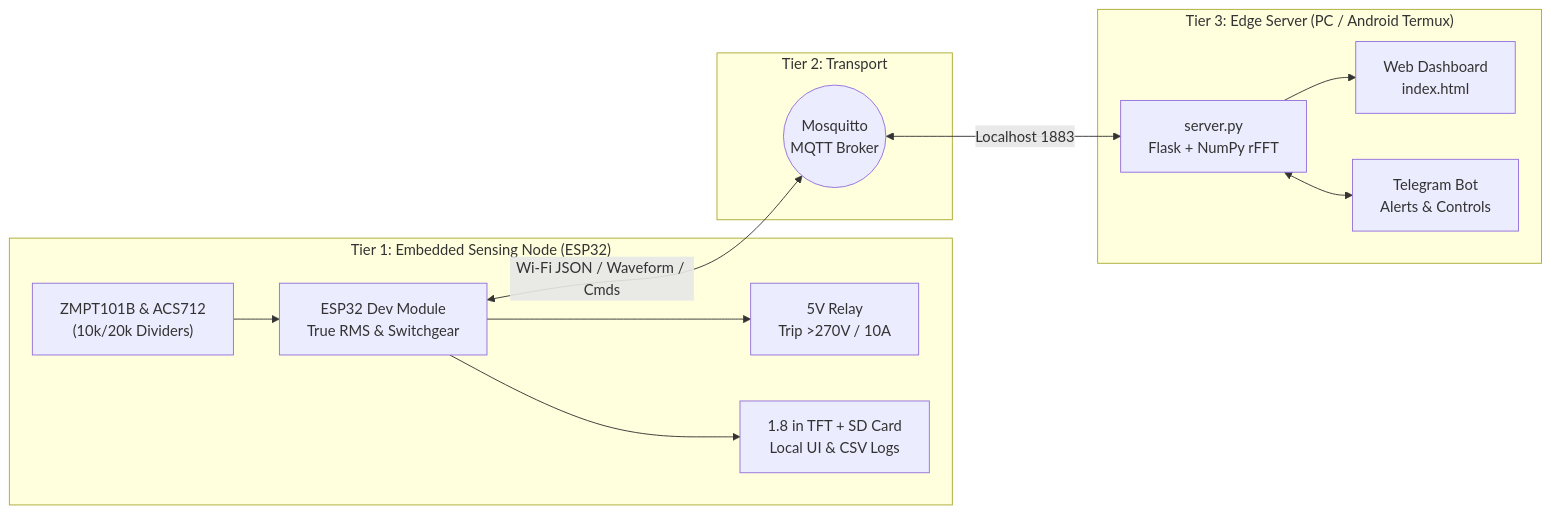
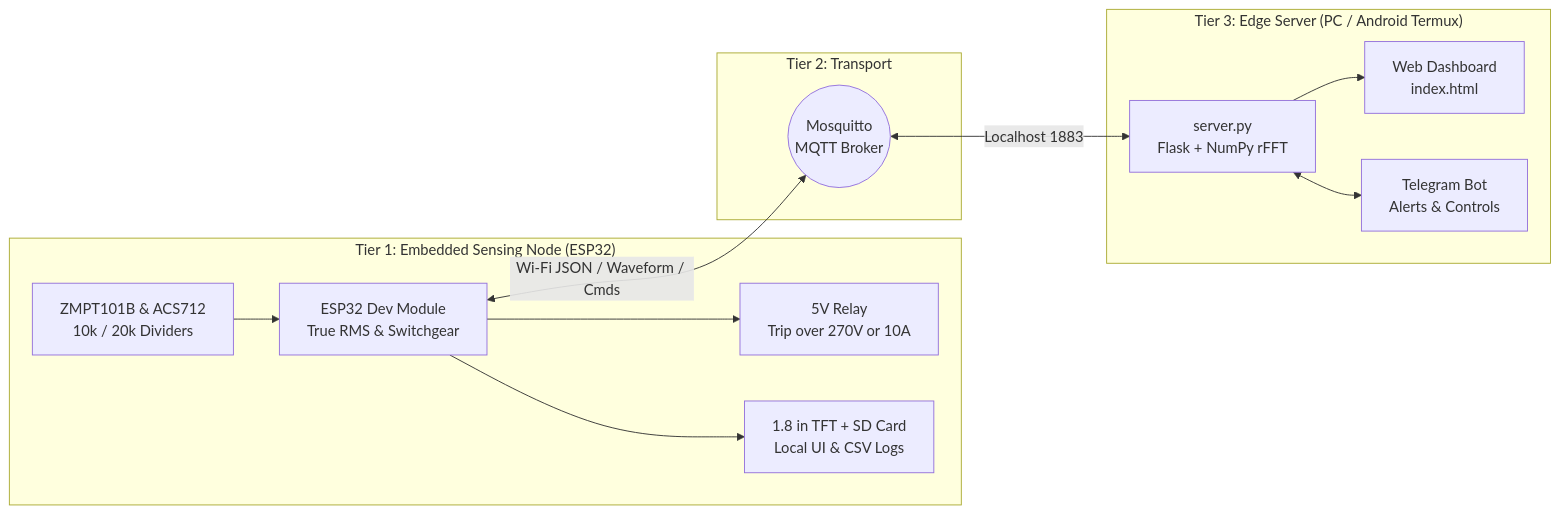
The diagram in README.md (palashhaoladar/ESP32_Energy_Meter), drawn with Mermaid before and after one commit. The commit also changed other lines of this file, not shown here.

````diff
--- a/README.md
+++ b/README.md
@@ -49,23 +37,23 @@
 ```mermaid
 flowchart LR
-    subgraph Hardware ["Tier 1: Embedded Sensing Node (ESP32)"]
-        S1["ZMPT101B & ACS712<br/>(10k/20k Dividers)"] --> ESP["ESP32 Dev Module<br/>True RMS & Switchgear"]
-        ESP --> RLY["5V Relay<br/>Trip >270V / 10A"]
+    subgraph Hardware["Tier 1: Embedded Sensing Node (ESP32)"]
+        S1["ZMPT101B & ACS712<br/>10k / 20k Dividers"] --> ESP["ESP32 Dev Module<br/>True RMS & Switchgear"]
+        ESP --> RLY["5V Relay<br/>Trip over 270V or 10A"]
         ESP --> TFT["1.8 in TFT + SD Card<br/>Local UI & CSV Logs"]
     end
 
-    subgraph Bridge ["Tier 2: Transport"]
+    subgraph Bridge["Tier 2: Transport"]
         MQTT(("Mosquitto<br/>MQTT Broker"))
     end
 
-    subgraph Edge ["Tier 3: Edge Server (PC / Android Termux)"]
+    subgraph Edge["Tier 3: Edge Server (PC / Android Termux)"]
         PY["server.py<br/>Flask + NumPy rFFT"]
         WEB["Web Dashboard<br/>index.html"]
         TG["Telegram Bot<br/>Alerts & Controls"]
         PY --> WEB
         PY <--> TG
     end
 
-    ESP <-- "Wi-Fi JSON / Waveform / Cmds" --> MQTT
-    MQTT <-- "Localhost 1883" --> PY
+    ESP <-->|"Wi-Fi JSON / Waveform / Cmds"| MQTT
+    MQTT <-->|"Localhost 1883"| PY
 ```
````
